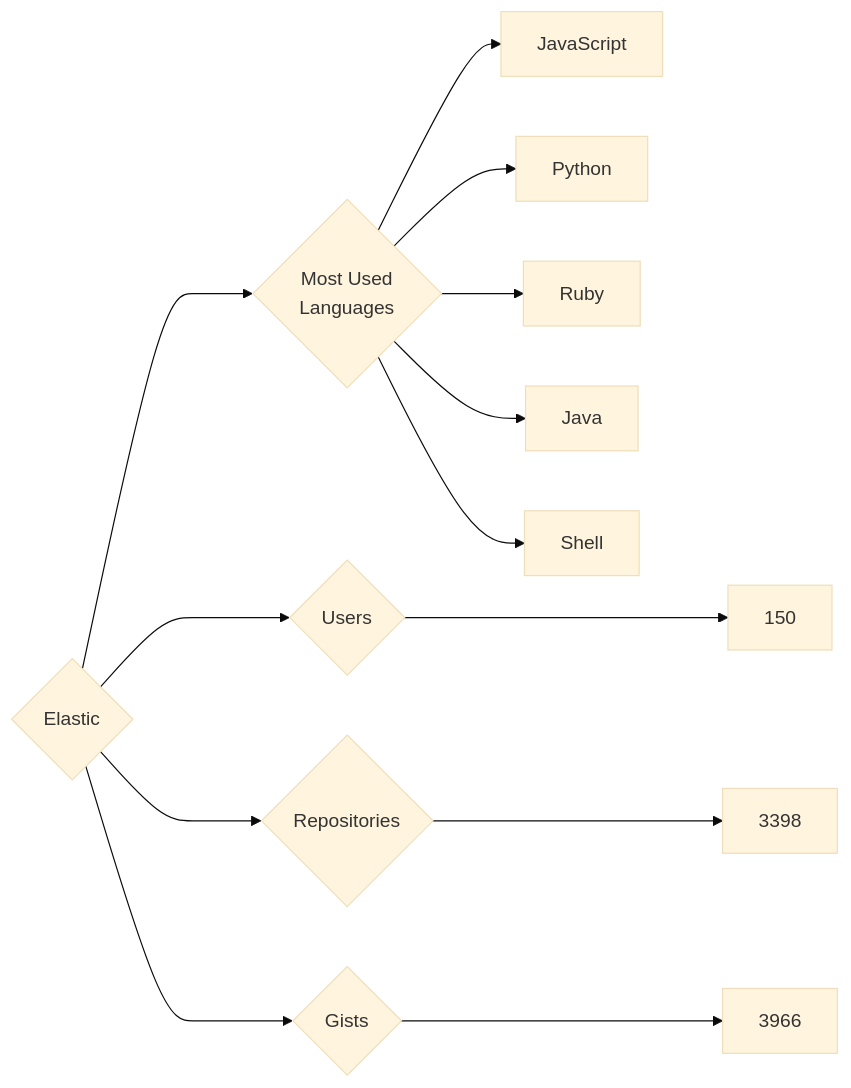
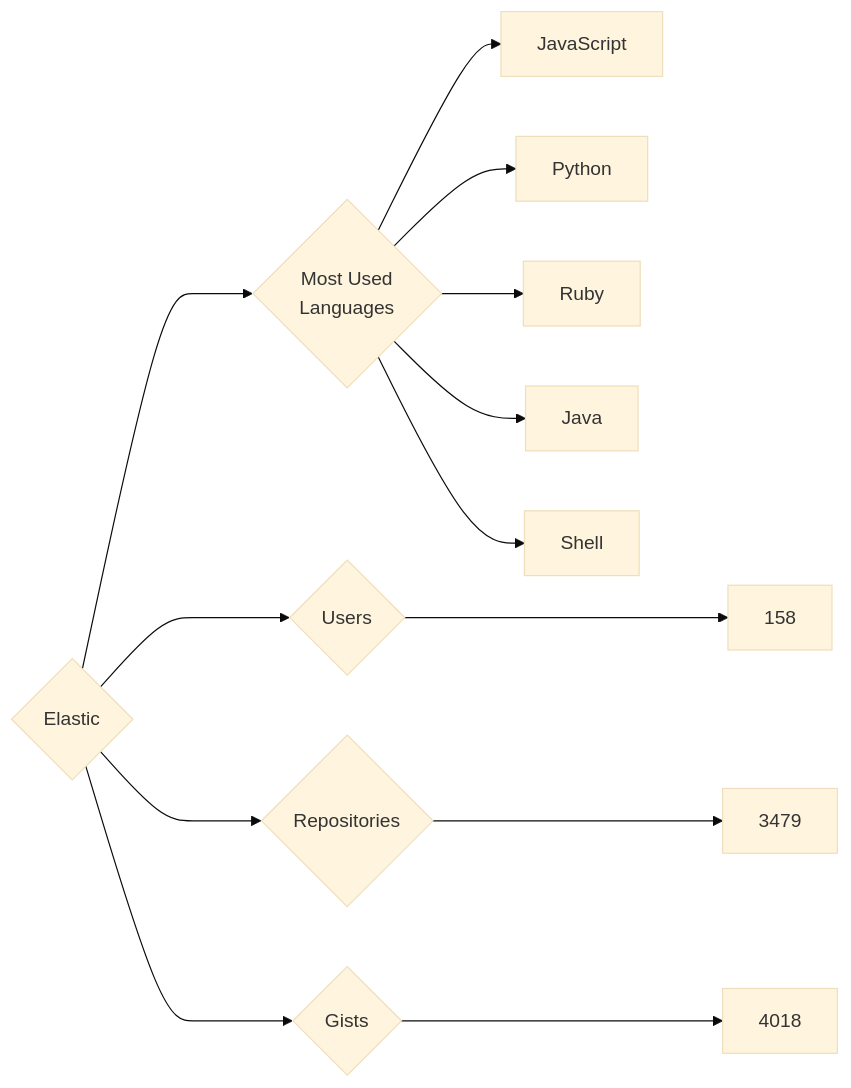
One commit to trickest/insiders changed the diagram in targets/Elastic/README.md. Above: the diagram before and after it, drawn with Mermaid (base theme). The commit also changed 757 other files, not shown here.

````diff
--- a/targets/Elastic/README.md
+++ b/targets/Elastic/README.md
@@ -3,13 +3,13 @@
 ```mermaid
 graph LR
 COMPANY_NAME{Elastic}
-COMPANY_NAME ---> U{Users} ---> UN[150]
-COMPANY_NAME ---> R{Repositories} ---> RN[3398]
-COMPANY_NAME ---> G{Gists} ---> GN[3966]
+COMPANY_NAME ---> U{Users} ---> UN[158]
+COMPANY_NAME ---> R{Repositories} ---> RN[3479]
+COMPANY_NAME ---> G{Gists} ---> GN[4018]
 COMPANY_NAME ---> ML{Most Used<br>Languages}
 ML --> JavaScript[JavaScript]
 ML --> Python[Python]
 ML --> Ruby[Ruby]
 ML --> Java[Java]
 ML --> Shell[Shell]
 ```
````
